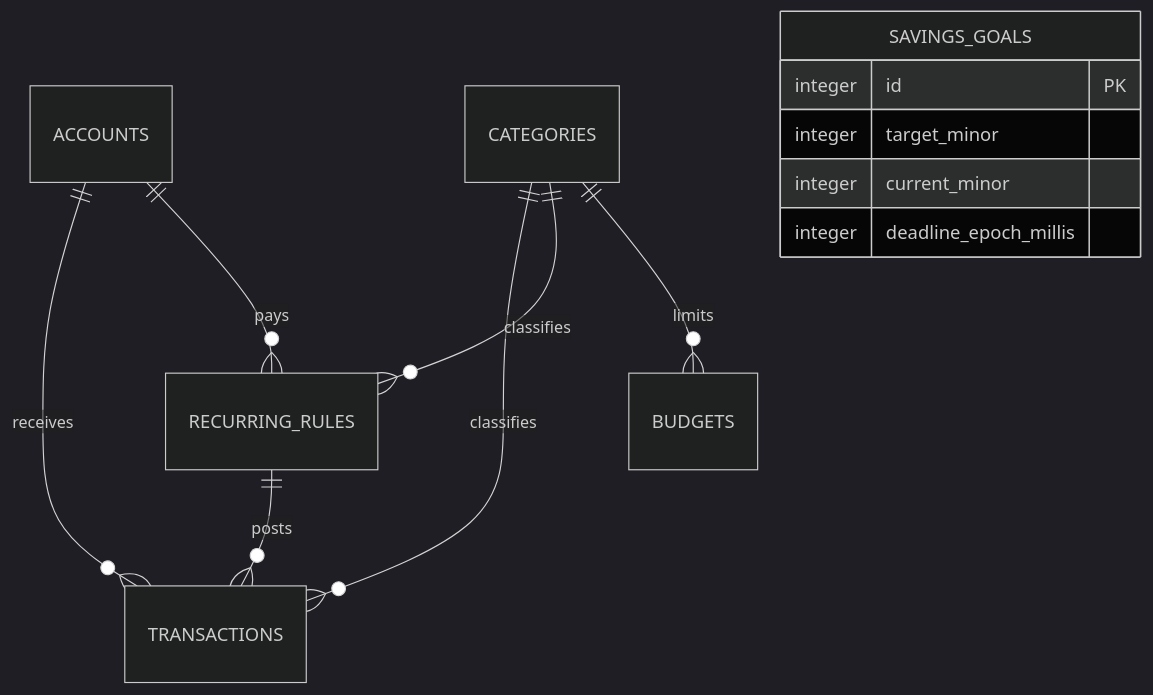
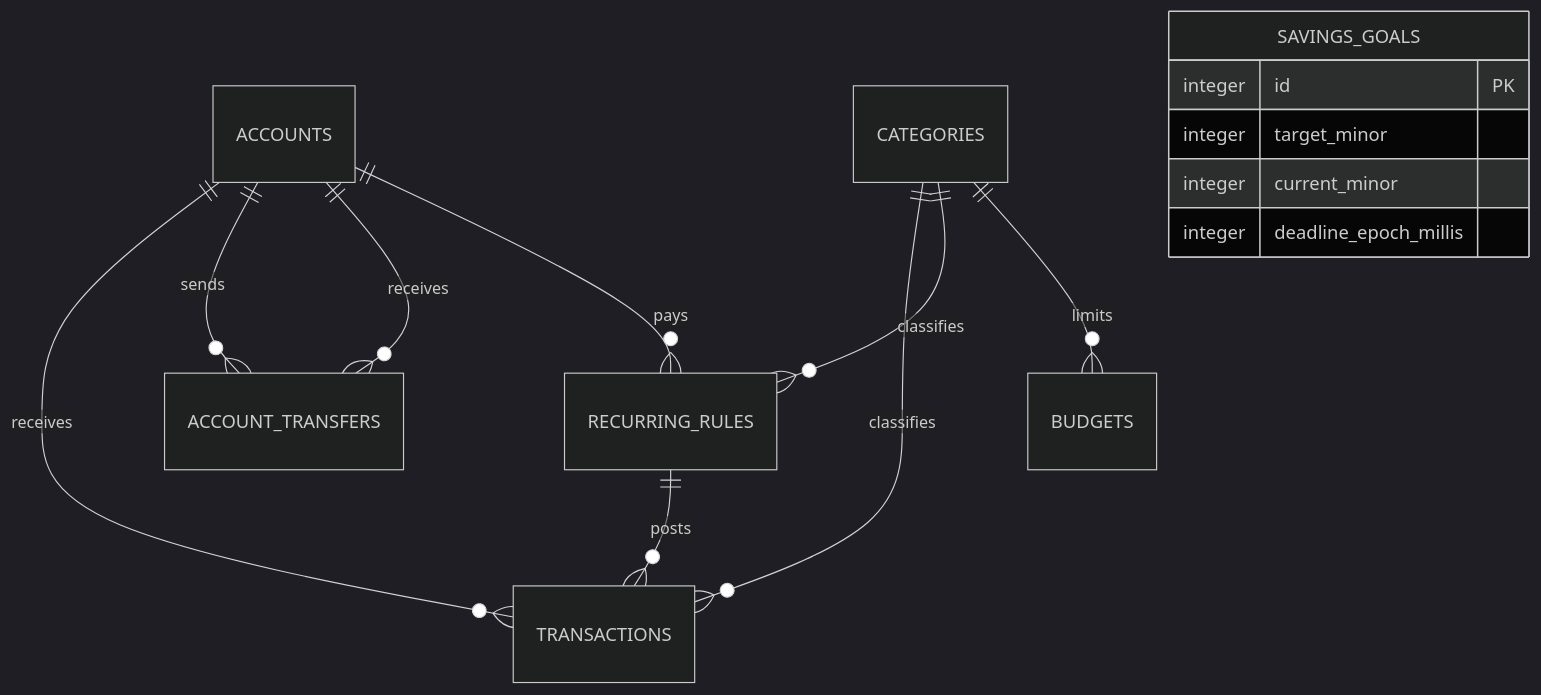
One commit to SecretlySpy/TIP_MoneyMap-Finance-Tracker-App changed the diagram in Project Guidelines/Database Structure.md. Above: the diagram before and after it, drawn with Mermaid (dark theme). The commit also changed other lines of this file and 53 other files, not shown here.

Commit message:
feat: initialize core finance tracker architecture with database repositories, domain services, and UI screens

````diff
--- a/Project Guidelines/Database Structure.md
+++ b/Project Guidelines/Database Structure.md
@@ -8,15 +8,17 @@
 ```mermaid
 erDiagram
   ACCOUNTS ||--o{ TRANSACTIONS : receives
+  ACCOUNTS ||--o{ ACCOUNT_TRANSFERS : sends
+  ACCOUNTS ||--o{ ACCOUNT_TRANSFERS : receives
   CATEGORIES ||--o{ TRANSACTIONS : classifies
   RECURRING_RULES ||--o{ TRANSACTIONS : posts
   ACCOUNTS ||--o{ RECURRING_RULES : pays
   CATEGORIES ||--o{ RECURRING_RULES : classifies
   CATEGORIES ||--o{ BUDGETS : limits
   SAVINGS_GOALS {
     integer id PK
     integer target_minor
     integer current_minor
     integer deadline_epoch_millis
   }
 ```
````
